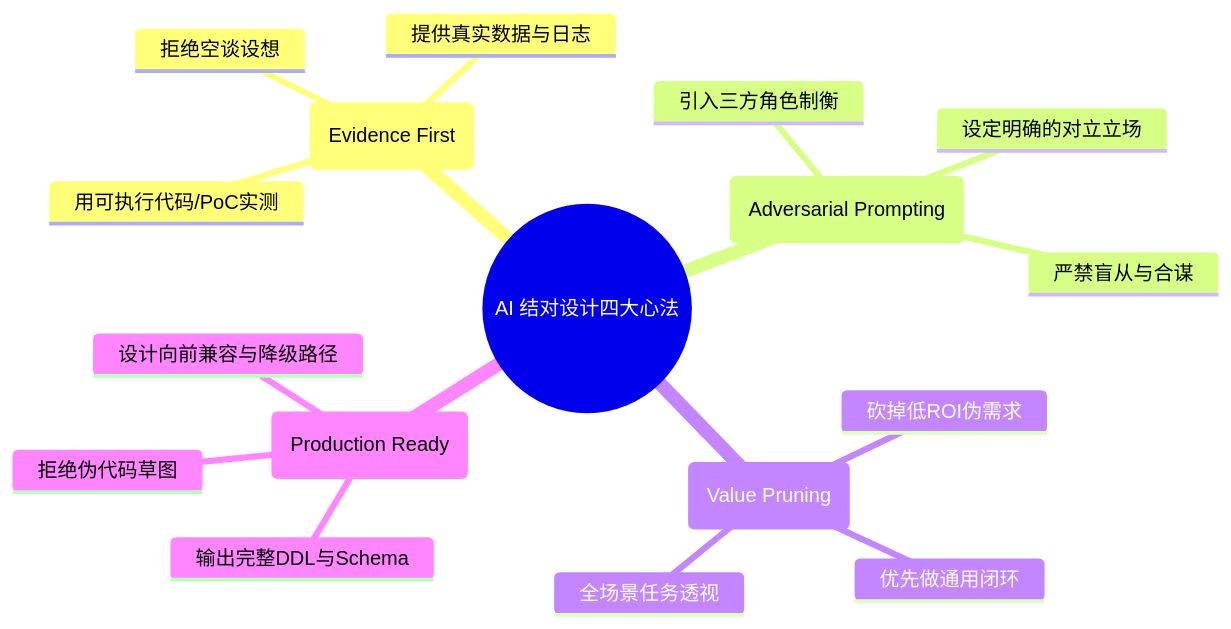
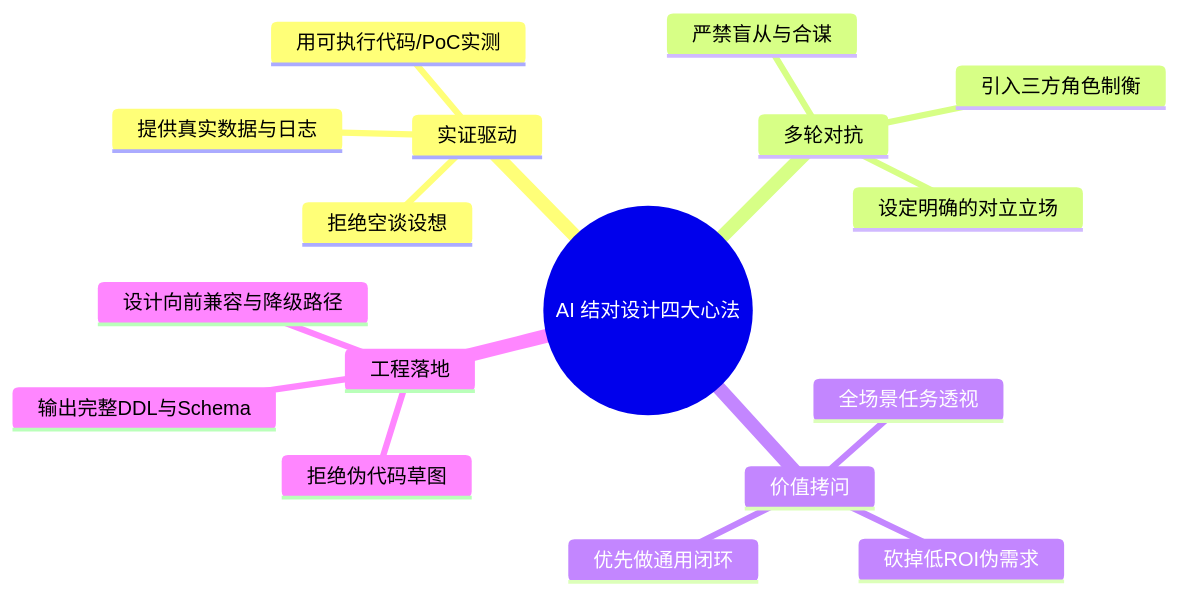
The second of 2 diagrams in docs/agentic-scanner-architecture/与AI结对架构设计实战指南-CodeShield案例复盘.md (fugui/code-shield), drawn with Mermaid before and after one commit.

Commit message:
docs: 将 AI 结对设计思维导图核心节点汉化为纯中文

````diff
--- a/docs/agentic-scanner-architecture/与AI结对架构设计实战指南-CodeShield案例复盘.md
+++ b/docs/agentic-scanner-architecture/与AI结对架构设计实战指南-CodeShield案例复盘.md
@@ -99,20 +99,20 @@
 ```mermaid
 mindmap
   root((AI 结对设计四大心法))
-    实证第一 (Evidence First)
+    实证驱动
       拒绝空谈设想
       提供真实数据与日志
       用可执行代码/PoC实测
-    多轮对抗 (Adversarial Prompting)
+    多轮对抗
       引入三方角色制衡
       设定明确的对立立场
       严禁盲从与合谋
-    价值拷问 (Value Pruning)
+    价值拷问
       全场景任务透视
       砍掉低ROI伪需求
       优先做通用闭环
-    代码级可落地 (Production Ready)
+    工程落地
       拒绝伪代码草图
       输出完整DDL与Schema
       设计向前兼容与降级路径
 ```
````
